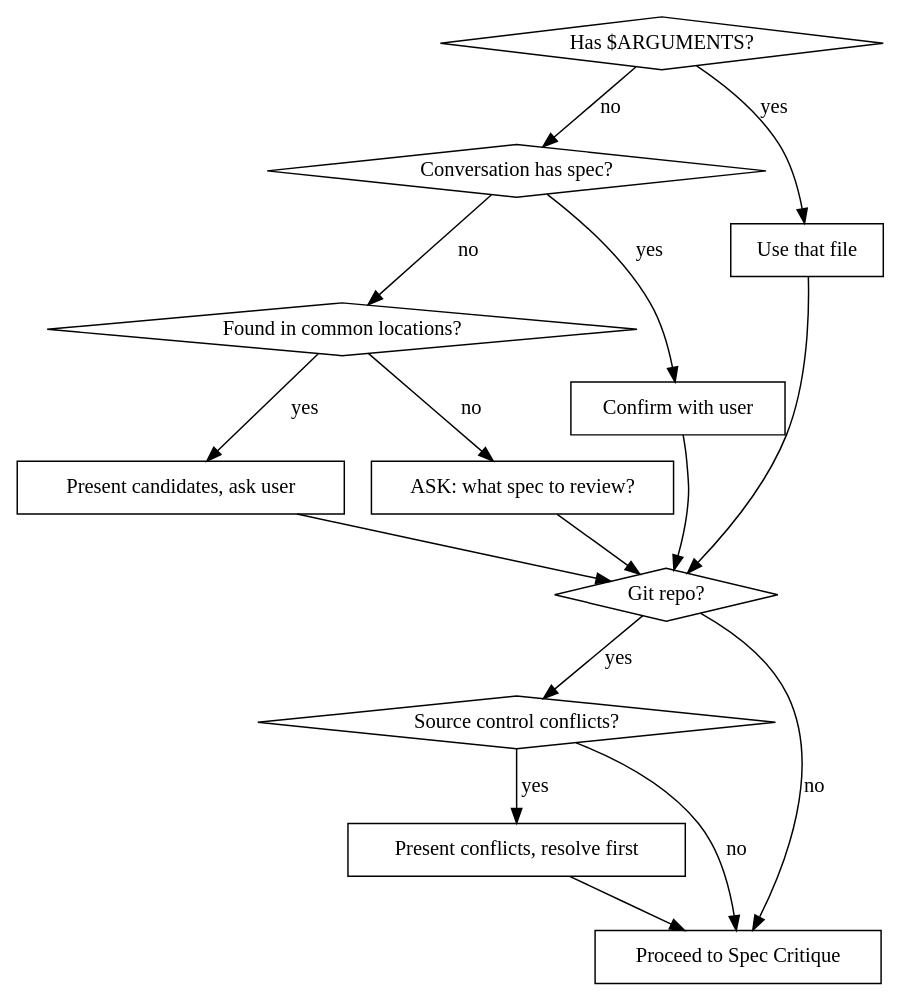
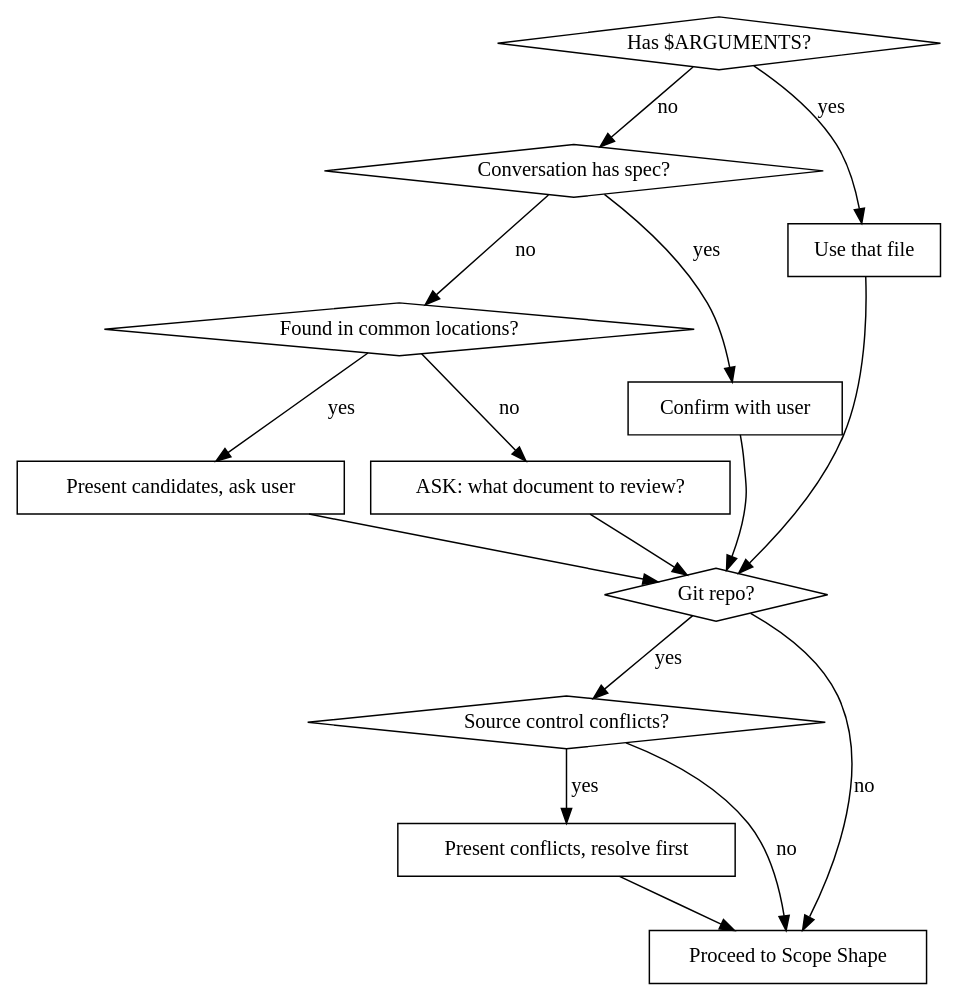
One commit to Ovid/paad changed the first of 2 diagrams in kiro_and_antigravity/skills/.kiro/skills/pushback/SKILL.md. Above: the diagram before and after it, drawn with Graphviz. The commit also changed other lines of this file and 5 other files, not shown here.

````diff
--- a/kiro_and_antigravity/skills/.kiro/skills/pushback/SKILL.md
+++ b/kiro_and_antigravity/skills/.kiro/skills/pushback/SKILL.md
@@ -16,34 +16,34 @@
 ```dot
 digraph pushback {
   "Has $ARGUMENTS?" [shape=diamond];
   "Conversation has spec?" [shape=diamond];
   "Found in common locations?" [shape=diamond];
   "Git repo?" [shape=diamond];
   "Source control conflicts?" [shape=diamond];
 
   "Use that file" [shape=box];
   "Confirm with user" [shape=box];
   "Present candidates, ask user" [shape=box];
-  "ASK: what spec to review?" [shape=box];
+  "ASK: what document to review?" [shape=box];
   "Present conflicts, resolve first" [shape=box];
-  "Proceed to Spec Critique" [shape=box];
+  "Proceed to Scope Shape" [shape=box];
 
   "Has $ARGUMENTS?" -> "Use that file" [label="yes"];
   "Has $ARGUMENTS?" -> "Conversation has spec?" [label="no"];
   "Conversation has spec?" -> "Confirm with user" [label="yes"];
   "Conversation has spec?" -> "Found in common locations?" [label="no"];
   "Found in common locations?" -> "Present candidates, ask user" [label="yes"];
-  "Found in common locations?" -> "ASK: what spec to review?" [label="no"];
+  "Found in common locations?" -> "ASK: what document to review?" [label="no"];
 
   "Use that file" -> "Git repo?";
   "Confirm with user" -> "Git repo?";
   "Present candidates, ask user" -> "Git repo?";
-  "ASK: what spec to review?" -> "Git repo?";
+  "ASK: what document to review?" -> "Git repo?";
 
   "Git repo?" -> "Source control conflicts?" [label="yes"];
-  "Git repo?" -> "Proceed to Spec Critique" [label="no"];
+  "Git repo?" -> "Proceed to Scope Shape" [label="no"];
   "Source control conflicts?" -> "Present conflicts, resolve first" [label="yes"];
-  "Source control conflicts?" -> "Proceed to Spec Critique" [label="no"];
-  "Present conflicts, resolve first" -> "Proceed to Spec Critique";
+  "Source control conflicts?" -> "Proceed to Scope Shape" [label="no"];
+  "Present conflicts, resolve first" -> "Proceed to Scope Shape";
 }
 ```
````
